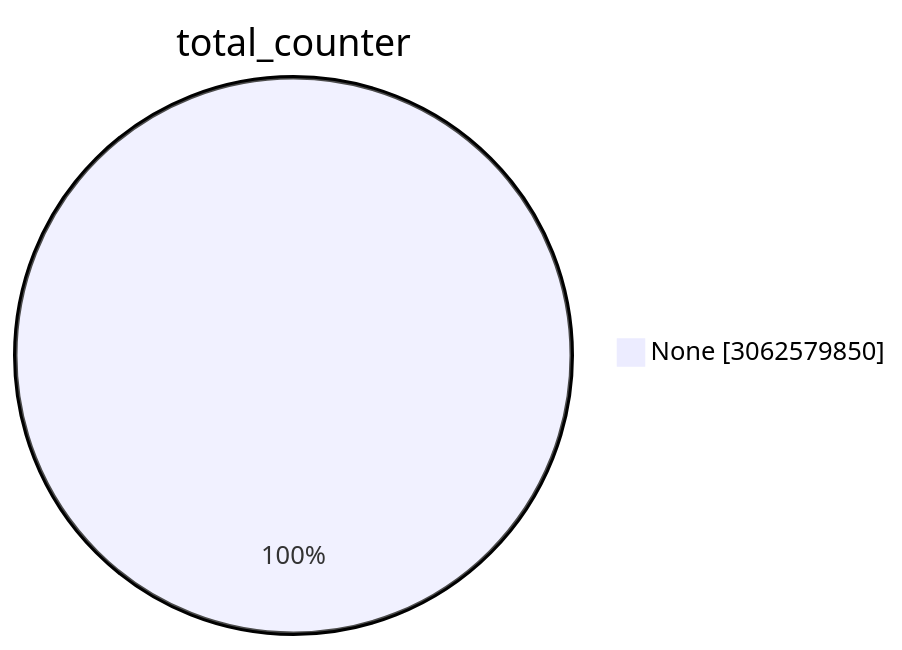
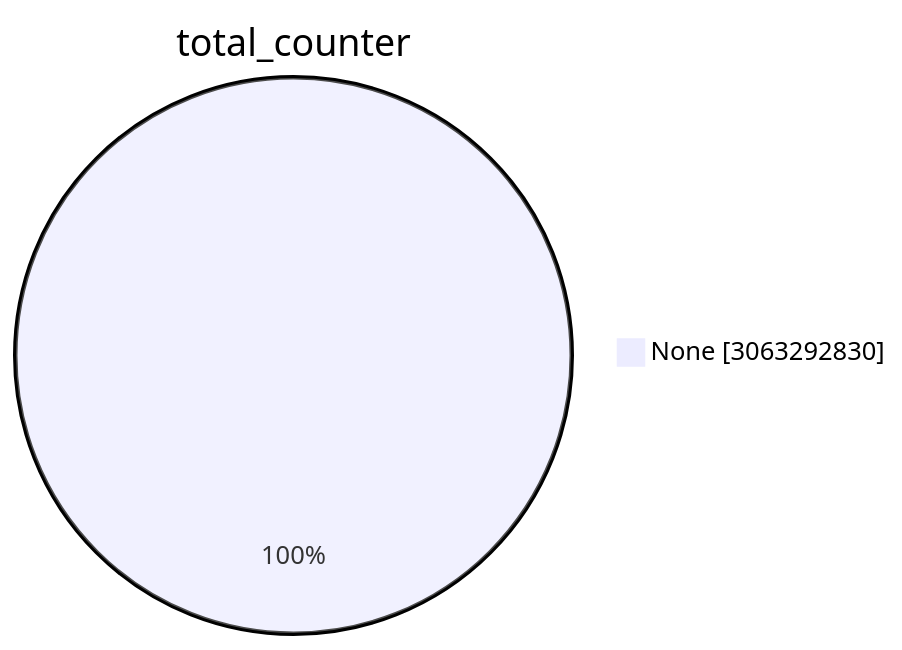
One commit to christiankrug/ctmonitor_visualization changed the first of 15 diagrams in TOTAL/README.md. Above: the diagram before and after it, drawn with Mermaid. The commit also changed other lines of this file, not shown here.

````diff
--- a/TOTAL/README.md
+++ b/TOTAL/README.md
@@ -1,5 +1,5 @@
 ```mermaid
 pie showData
 title total_counter
-"None" :3062579850
+"None" :3063292830
 ```
````
